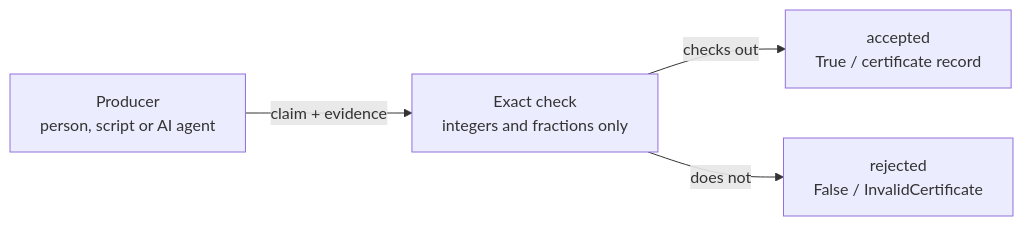
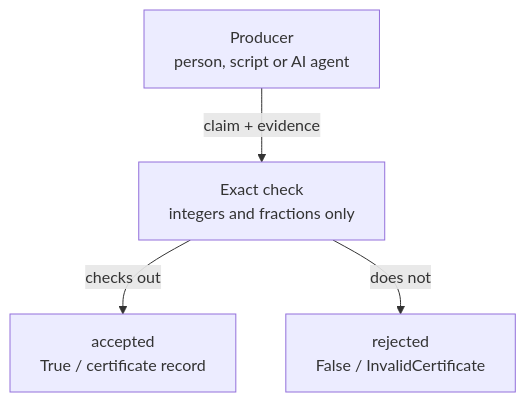
One commit to Akilleez-QA/foundation-math changed the diagram in README.md. Above: the diagram before and after it, drawn with Mermaid. The commit also changed 1 other file, not shown here.

Commit message:
docs(readme): draw the check-flow diagram top-down
Measured in a browser, the three-node left-to-right diagram rendered at
GitHub's 180 px minimum with tiny text; flowchart TD renders taller.

````diff
--- a/README.md
+++ b/README.md
@@ -37,6 +37,6 @@
 ```mermaid
-flowchart LR
+flowchart TD
     P["Producer<br/>person, script or AI agent"] -->|"claim + evidence"| K["Exact check<br/>integers and fractions only"]
     K -->|"checks out"| A["accepted<br/>True / certificate record"]
     K -->|"does not"| R["rejected<br/>False / InvalidCertificate"]
 ```
````
